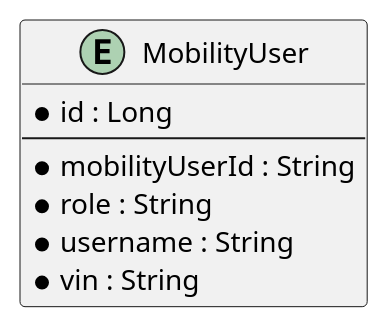
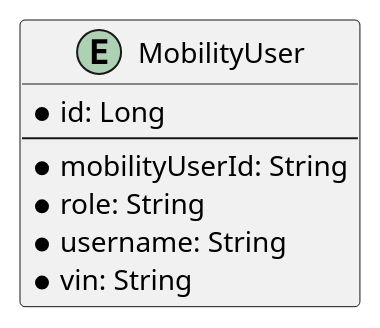
The fourth of 4 diagrams in usermanagement/documentation/detaileddesign.adoc (Dinesh-s95/AutoDoc.ai), drawn with PlantUML before and after one commit. The commit also changed other lines of this file and 19 other files, not shown here.

```diff
--- a/usermanagement/documentation/detaileddesign.adoc
+++ b/usermanagement/documentation/detaileddesign.adoc
@@ -102,11 +160,11 @@
-[plantuml, erd-diagram, png]
-----
-entity MobilityUser {
-  * id : Long
+[plantuml, er-diagram, png]
+....
+entity "MobilityUser" {
+  *id: Long
   --
-  * mobilityUserId : String
-  * role : String
-  * username : String
-  * vin : String
+  *mobilityUserId: String
+  *role: String
+  *username: String
+  *vin: String
 }
-----
+....
```
